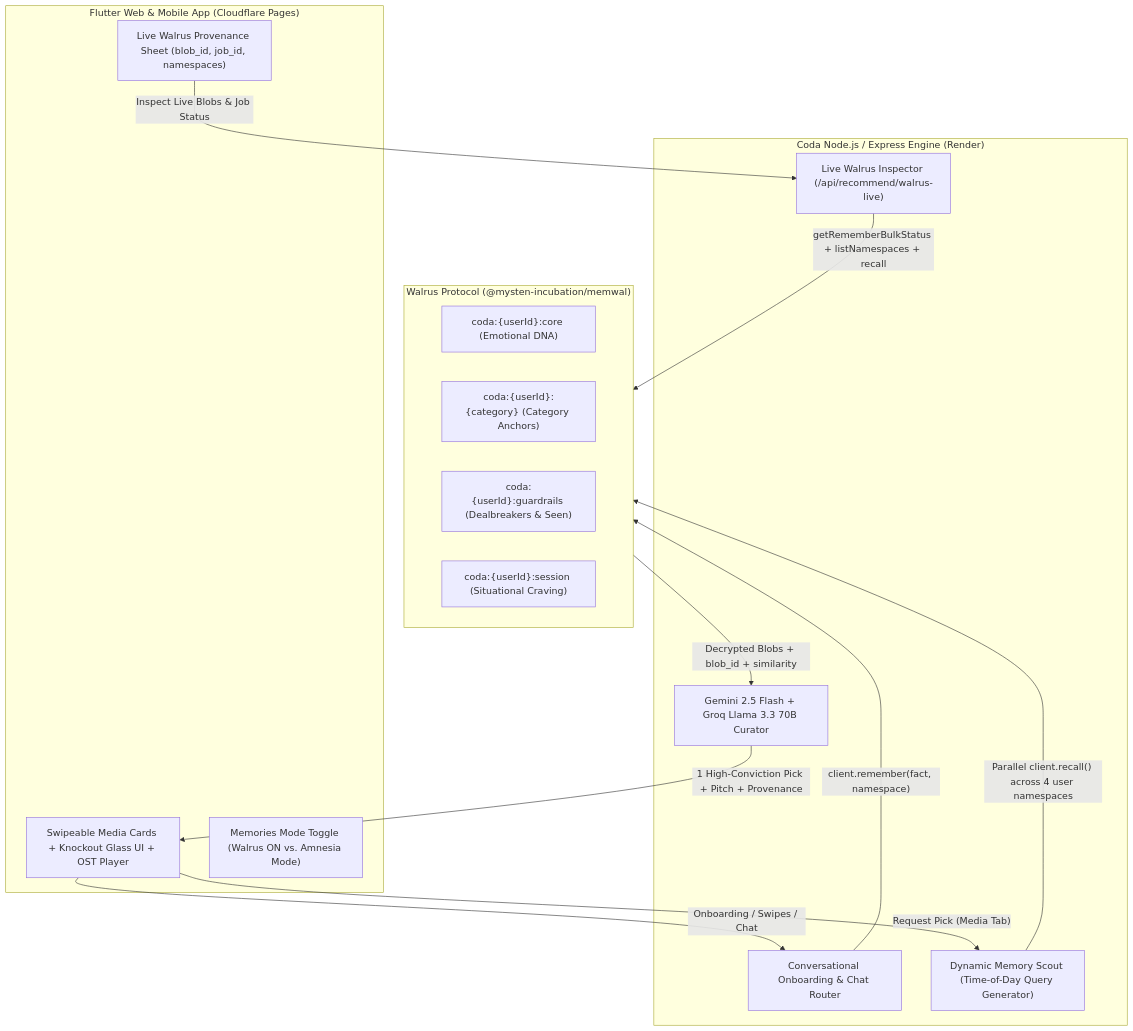
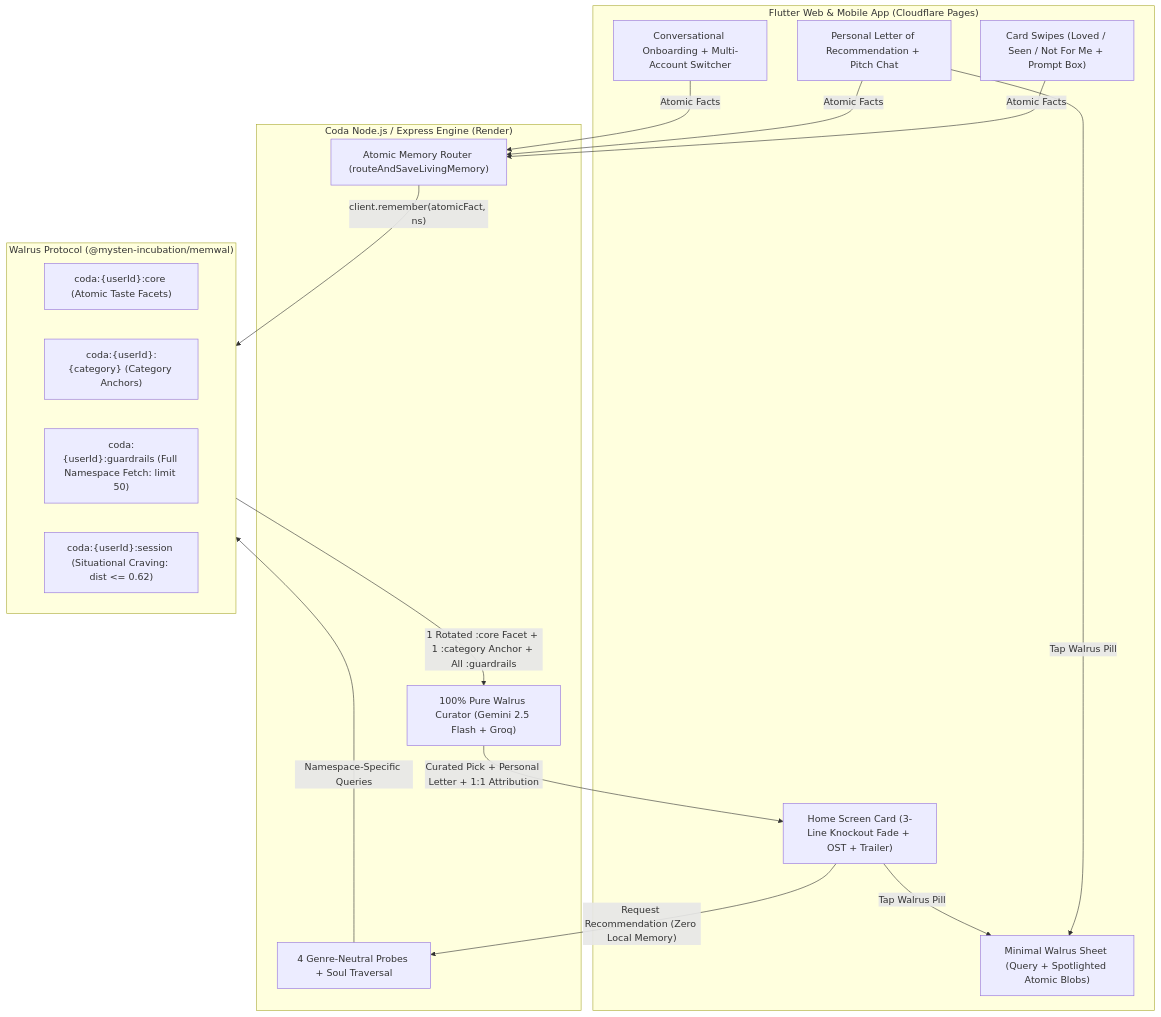
The second of 2 diagrams in README.md (chief-07/Coda-Personal-Media-Taste-Curator), drawn with Mermaid before and after one commit. The commit also changed other lines of this file, not shown here.

Commit message:
docs: update README with full Walrus memory architecture, 4-probe soul traversal, and app-wide memory flows

````diff
--- a/README.md
+++ b/README.md
@@ -125,31 +135,31 @@
 ```mermaid
 flowchart TD
     subgraph Frontend["Flutter Web & Mobile App (Cloudflare Pages)"]
-        UI["Swipeable Media Cards + Knockout Glass UI + OST Player"]
-        Toggle["Memories Mode Toggle (Walrus ON vs. Amnesia Mode)"]
-        Sheet["Live Walrus Provenance Sheet (blob_id, job_id, namespaces)"]
+        Onboard["Conversational Onboarding + Multi-Account Switcher"]
+        Card["Home Screen Card (3-Line Knockout Fade + OST + Trailer)"]
+        Pitch["Personal Letter of Recommendation + Pitch Chat"]
+        Actions["Card Swipes (Loved / Seen / Not For Me + Prompt Box)"]
+        Sheet["Minimal Walrus Sheet (Query + Spotlighted Atomic Blobs)"]
     end
 
     subgraph Backend["Coda Node.js / Express Engine (Render)"]
-        Onboarding["Conversational Onboarding & Chat Router"]
-        Scout["Dynamic Memory Scout (Time-of-Day Query Generator)"]
-        Curator["Gemini 2.5 Flash + Groq Llama 3.3 70B Curator"]
-        Inspector["Live Walrus Inspector (/api/recommend/walrus-live)"]
+        Router["Atomic Memory Router (routeAndSaveLivingMemory)"]
+        Probes["4 Genre-Neutral Probes + Soul Traversal"]
+        Curator["100% Pure Walrus Curator (Gemini 2.5 Flash + Groq)"]
     end
 
     subgraph Walrus["Walrus Protocol (@mysten-incubation/memwal)"]
-        NS_Core["coda:{userId}:core (Emotional DNA)"]
+        NS_Core["coda:{userId}:core (Atomic Taste Facets)"]
         NS_Cat["coda:{userId}:{category} (Category Anchors)"]
-        NS_Guard["coda:{userId}:guardrails (Dealbreakers & Seen)"]
-        NS_Session["coda:{userId}:session (Situational Craving)"]
+        NS_Guard["coda:{userId}:guardrails (Full Namespace Fetch: limit 50)"]
+        NS_Session["coda:{userId}:session (Situational Craving: dist <= 0.62)"]
     end
 
-    UI -->|"Onboarding / Swipes / Chat"| Onboarding
-    Onboarding -->|"client.remember(fact, namespace)"| Walrus
-    UI -->|"Request Pick (Media Tab)"| Scout
-    Scout -->|"Parallel client.recall() across 4 user namespaces"| Walrus
-    Walrus -->|"Decrypted Blobs + blob_id + similarity"| Curator
-    Curator -->|"1 High-Conviction Pick + Pitch + Provenance"| UI
-    Sheet -->|"Inspect Live Blobs & Job Status"| Inspector
-    Inspector -->|"getRememberBulkStatus + listNamespaces + recall"| Walrus
+    Onboard & Pitch & Actions -->|"Atomic Facts"| Router
+    Router -->|"client.remember(atomicFact, ns)"| Walrus
+    Card -->|"Request Recommendation (Zero Local Memory)"| Probes
+    Probes -->|"Namespace-Specific Queries"| Walrus
+    Walrus -->|"1 Rotated :core Facet + 1 :category Anchor + All :guardrails"| Curator
+    Curator -->|"Curated Pick + Personal Letter + 1:1 Attribution"| Card
+    Card & Pitch -->|"Tap Walrus Pill"| Sheet
 ```
````
